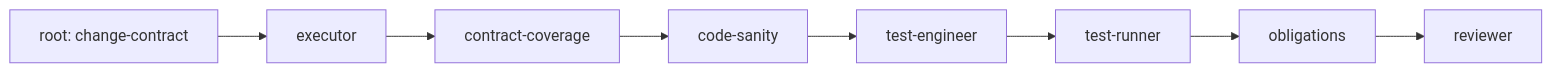
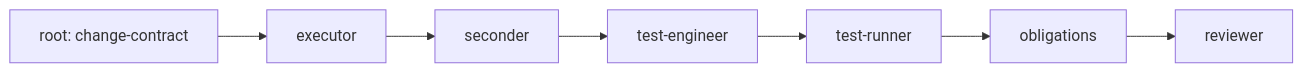
The third of 16 diagrams in docs/design/chain-templates.md (xtrm-dev/specialists), drawn with Mermaid before and after one commit. The commit also changed other lines of this file and 2 other files, not shown here.

````diff
--- a/docs/design/chain-templates.md
+++ b/docs/design/chain-templates.md
@@ -248,10 +264,9 @@
 ```mermaid
 flowchart LR
   root[root: change-contract] --> executor
-  executor --> contract-coverage
-  contract-coverage --> code-sanity
-  code-sanity --> test-engineer
+  executor --> seconder
+  seconder --> test-engineer
   test-engineer --> test-runner
   test-runner --> obligations
   obligations --> reviewer
 ```
````
